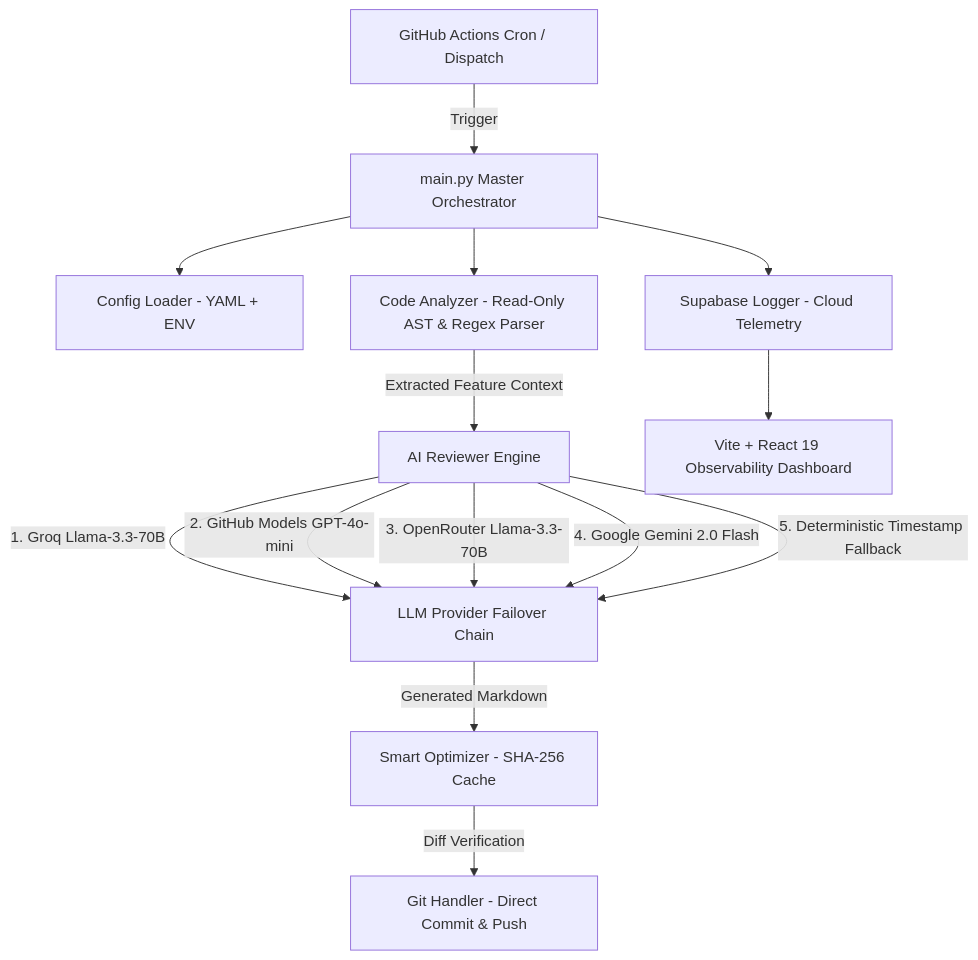
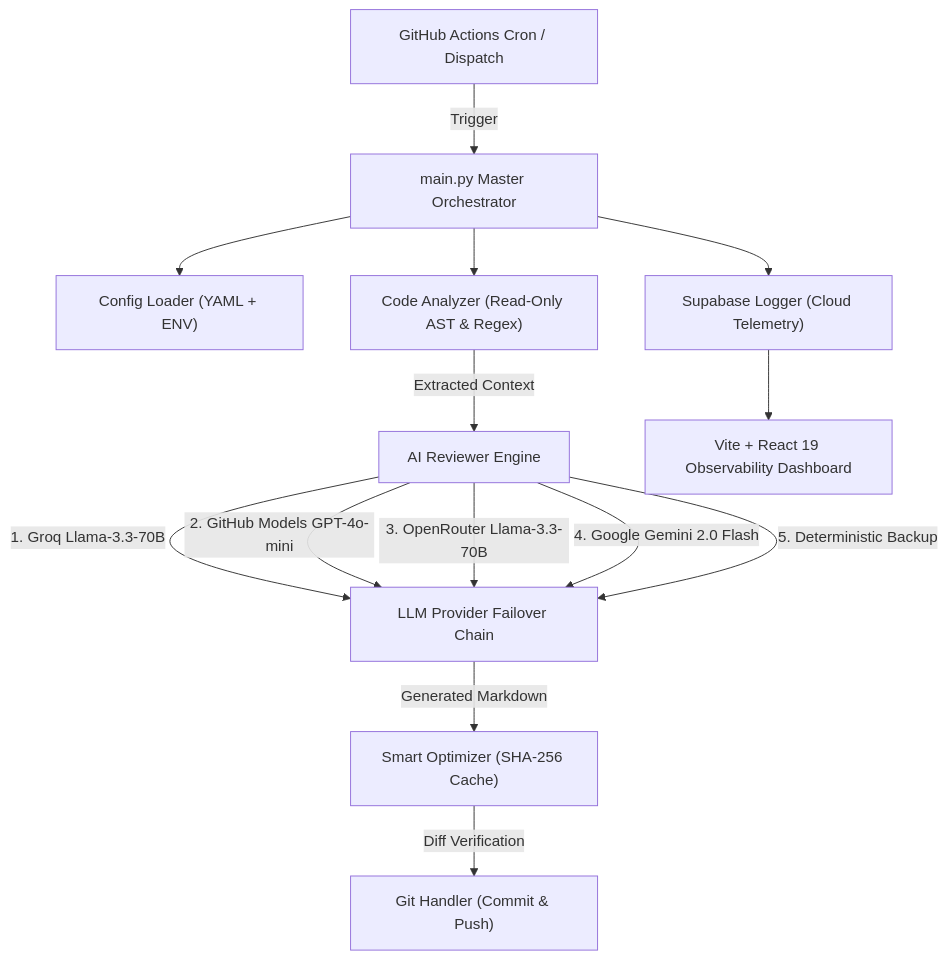
Before and after one commit to sonararadhya/AutoREADME: the diagram in README.md, drawn with Mermaid.

Commit message:
fix(docs): quote Mermaid node labels for GitHub renderer compatibility

````diff
--- a/README.md
+++ b/README.md
@@ -23,16 +23,16 @@
 ```mermaid
 graph TD
-    A[GitHub Actions Cron / Dispatch] -->|Trigger| B[main.py Master Orchestrator]
-    B --> C[Config Loader - YAML + ENV]
-    B --> D[Code Analyzer - Read-Only AST & Regex Parser]
-    D -->|Extracted Feature Context| E[AI Reviewer Engine]
-    E -->|1. Groq Llama-3.3-70B| F[LLM Provider Failover Chain]
-    E -->|2. GitHub Models GPT-4o-mini| F
-    E -->|3. OpenRouter Llama-3.3-70B| F
-    E -->|4. Google Gemini 2.0 Flash| F
-    E -->|5. Deterministic Timestamp Fallback| F
-    F -->|Generated Markdown| G[Smart Optimizer - SHA-256 Cache]
-    G -->|Diff Verification| H[Git Handler - Direct Commit & Push]
-    B --> I[Supabase Logger - Cloud Telemetry]
-    I --> J[Vite + React 19 Observability Dashboard]
+    A["GitHub Actions Cron / Dispatch"] -->|"Trigger"| B["main.py Master Orchestrator"]
+    B --> C["Config Loader (YAML + ENV)"]
+    B --> D["Code Analyzer (Read-Only AST & Regex)"]
+    D -->|"Extracted Context"| E["AI Reviewer Engine"]
+    E -->|"1. Groq Llama-3.3-70B"| F["LLM Provider Failover Chain"]
+    E -->|"2. GitHub Models GPT-4o-mini"| F
+    E -->|"3. OpenRouter Llama-3.3-70B"| F
+    E -->|"4. Google Gemini 2.0 Flash"| F
+    E -->|"5. Deterministic Backup"| F
+    F -->|"Generated Markdown"| G["Smart Optimizer (SHA-256 Cache)"]
+    G -->|"Diff Verification"| H["Git Handler (Commit & Push)"]
+    B --> I["Supabase Logger (Cloud Telemetry)"]
+    I --> J["Vite + React 19 Observability Dashboard"]
 ```
````
